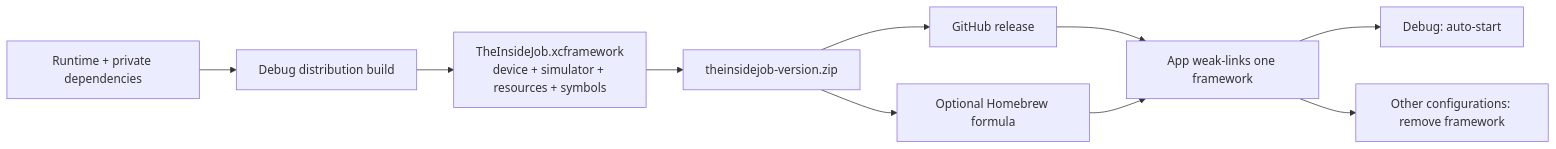
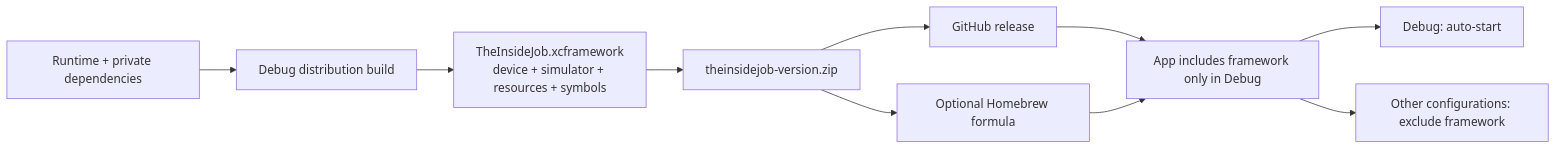
One commit to TheButtonHeist/TheButtonHeist changed the first of 3 diagrams in docs/ARCHITECTURE.md. Above: the diagram before and after it, drawn with Mermaid. The commit also changed other lines of this file and 10 other files, not shown here.

Commit message:
Use build settings for Debug-only framework integration

````diff
--- a/docs/ARCHITECTURE.md
+++ b/docs/ARCHITECTURE.md
@@ -58,12 +59,12 @@
 ```mermaid
 flowchart LR
     Sources["Runtime + private dependencies"] --> Package["Debug distribution build"]
     Package --> Framework["TheInsideJob.xcframework<br/>device + simulator + resources + symbols"]
     Framework --> Zip["theinsidejob-version.zip"]
     Zip --> GitHub["GitHub release"]
     Zip --> Brew["Optional Homebrew formula"]
-    GitHub --> App["App weak-links one framework"]
+    GitHub --> App["App includes framework only in Debug"]
     Brew --> App
     App --> Debug["Debug: auto-start"]
-    App --> Release["Other configurations: remove framework"]
+    App --> Release["Other configurations: exclude framework"]
 ```
````
